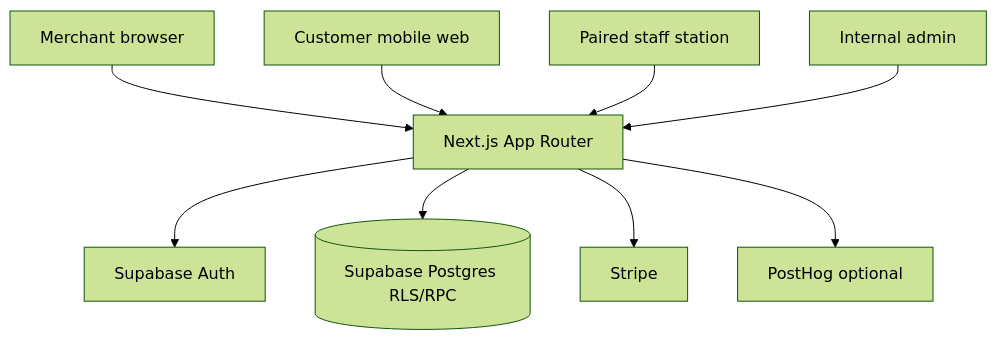
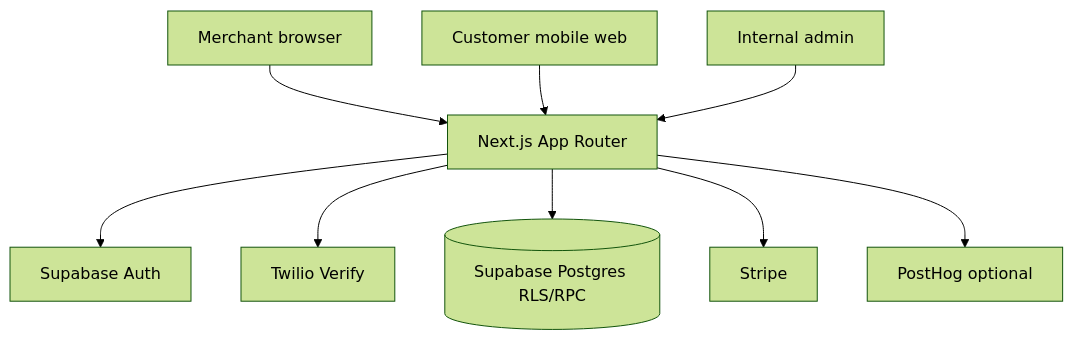
One commit to lapeninns/nabaperks changed the first of 5 diagrams in docs/ARCHITECTURE.md. Above: the diagram before and after it, drawn with Mermaid (forest theme). The commit also changed other lines of this file and 219 other files, not shown here.

````diff
--- a/docs/ARCHITECTURE.md
+++ b/docs/ARCHITECTURE.md
@@ -23,11 +23,11 @@
 ```mermaid
 flowchart TB
   MerchantBrowser[Merchant browser] --> NextApp[Next.js App Router]
   CustomerMobile[Customer mobile web] --> NextApp
-  StaffStation[Paired staff station] --> NextApp
   AdminBrowser[Internal admin] --> NextApp
   NextApp --> SupabaseAuth[Supabase Auth]
+  NextApp --> TwilioVerify[Twilio Verify]
   NextApp --> Postgres[(Supabase Postgres RLS/RPC)]
   NextApp --> Stripe[Stripe]
   NextApp --> PostHog[PostHog optional]
 ```
````
